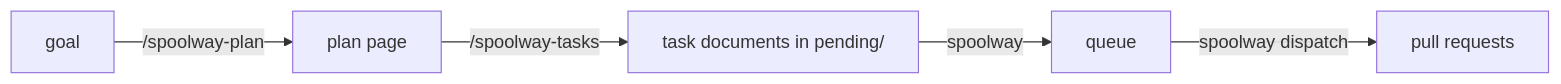
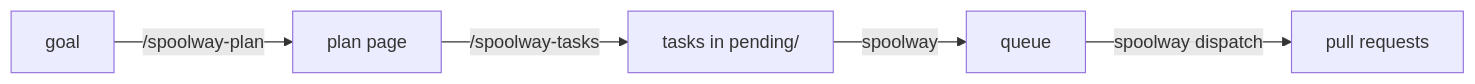
The diagram in docs/planning.md (marvingygas/spoolway), drawn with Mermaid before and after one commit. The commit also changed other lines of this file and 59 other files, not shown here.

````diff
--- a/docs/planning.md
+++ b/docs/planning.md
@@ -12,7 +12,7 @@
 ```mermaid
 flowchart LR
   A[goal] -->|/spoolway-plan| B[plan page]
-  B -->|/spoolway-tasks| C[task documents in pending/]
+  B -->|/spoolway-tasks| C[tasks in pending/]
   C -->|spoolway| D[queue]
   D -->|spoolway dispatch| E[pull requests]
 ```
````
